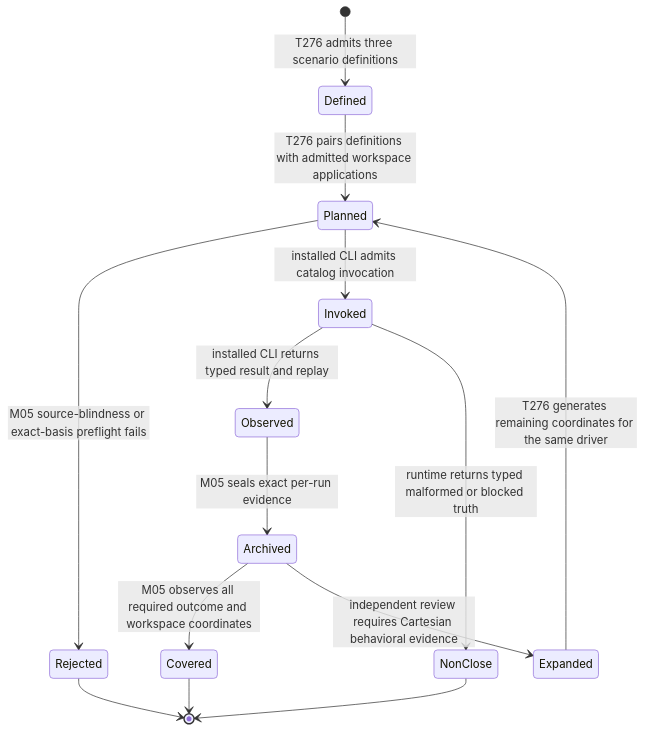
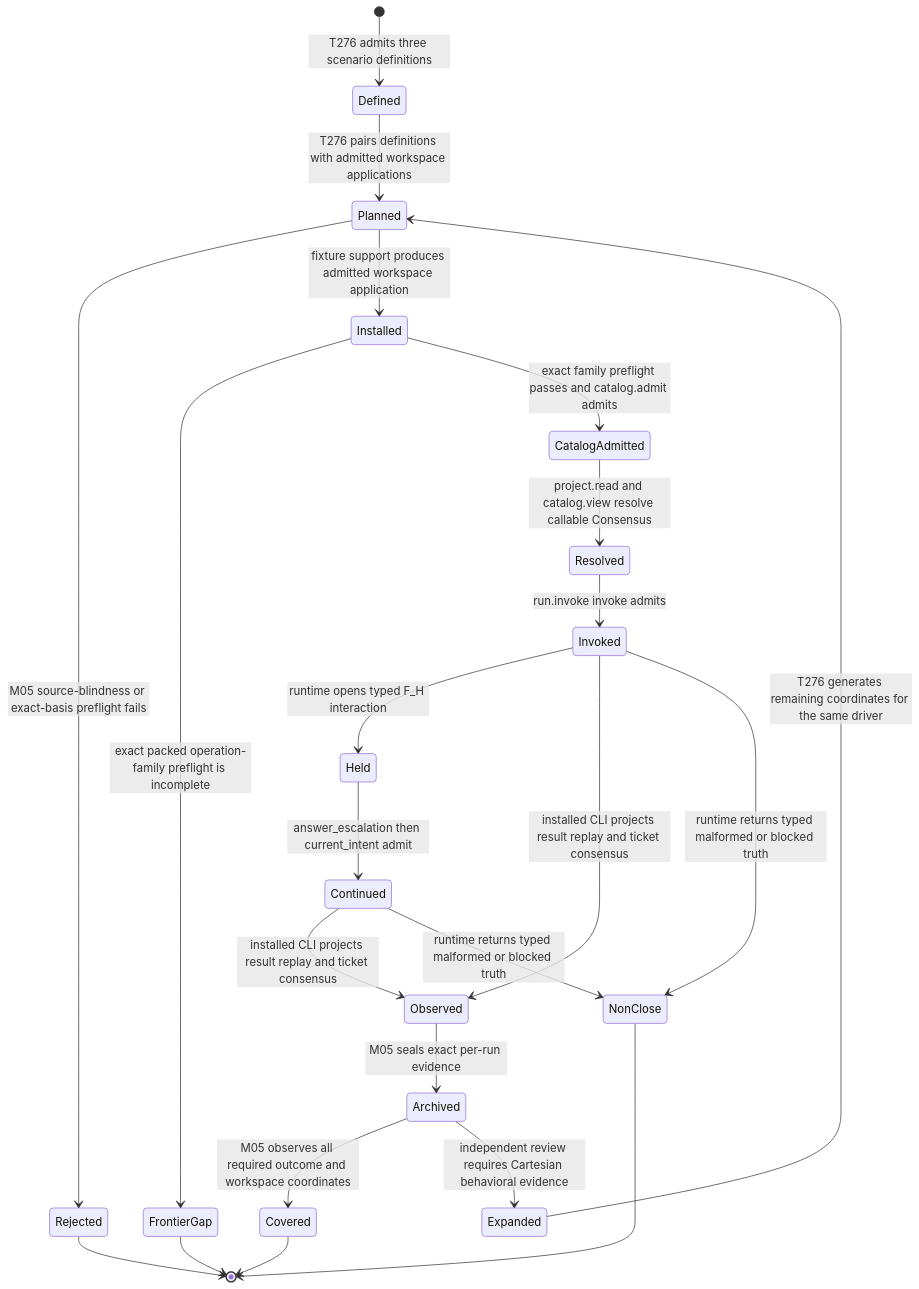
One commit to foolishimp/abiogenesis changed the third of 3 diagrams in build_tenants/abiogenesis/typescript/design/M04_M05_INSTALLED_CONSENSUS_SCENARIO_PRIME_CONTRACTION_BEHAVIOR_DESIGN.md. Above: the diagram before and after it, drawn with Mermaid. The commit also changed other lines of this file and 2 other files, not shown here.

Commit message:
accept(t276): make installed consensus the delivery governor

````diff
--- a/build_tenants/abiogenesis/typescript/design/M04_M05_INSTALLED_CONSENSUS_SCENARIO_PRIME_CONTRACTION_BEHAVIOR_DESIGN.md
+++ b/build_tenants/abiogenesis/typescript/design/M04_M05_INSTALLED_CONSENSUS_SCENARIO_PRIME_CONTRACTION_BEHAVIOR_DESIGN.md
@@ -195,16 +227,25 @@
 ```mermaid
 stateDiagram-v2
   [*] --> Defined: T276 admits three scenario definitions
   Defined --> Planned: T276 pairs definitions with admitted workspace applications
   Planned --> Rejected: M05 source-blindness or exact-basis preflight fails
-  Planned --> Invoked: installed CLI admits catalog invocation
-  Invoked --> Observed: installed CLI returns typed result and replay
+  Planned --> Installed: fixture support produces admitted workspace application
+  Installed --> FrontierGap: exact packed operation-family preflight is incomplete
+  Installed --> CatalogAdmitted: exact family preflight passes and catalog.admit admits
+  CatalogAdmitted --> Resolved: project.read and catalog.view resolve callable Consensus
+  Resolved --> Invoked: run.invoke invoke admits
+  Invoked --> Held: runtime opens typed F_H interaction
+  Held --> Continued: answer_escalation then current_intent admit
+  Invoked --> Observed: installed CLI projects result replay and ticket consensus
+  Continued --> Observed: installed CLI projects result replay and ticket consensus
   Invoked --> NonClose: runtime returns typed malformed or blocked truth
+  Continued --> NonClose: runtime returns typed malformed or blocked truth
   Observed --> Archived: M05 seals exact per-run evidence
   Archived --> Covered: M05 observes all required outcome and workspace coordinates
   Archived --> Expanded: independent review requires Cartesian behavioral evidence
   Expanded --> Planned: T276 generates remaining coordinates for the same driver
   Covered --> [*]
   Rejected --> [*]
+  FrontierGap --> [*]
   NonClose --> [*]
 ```
````
